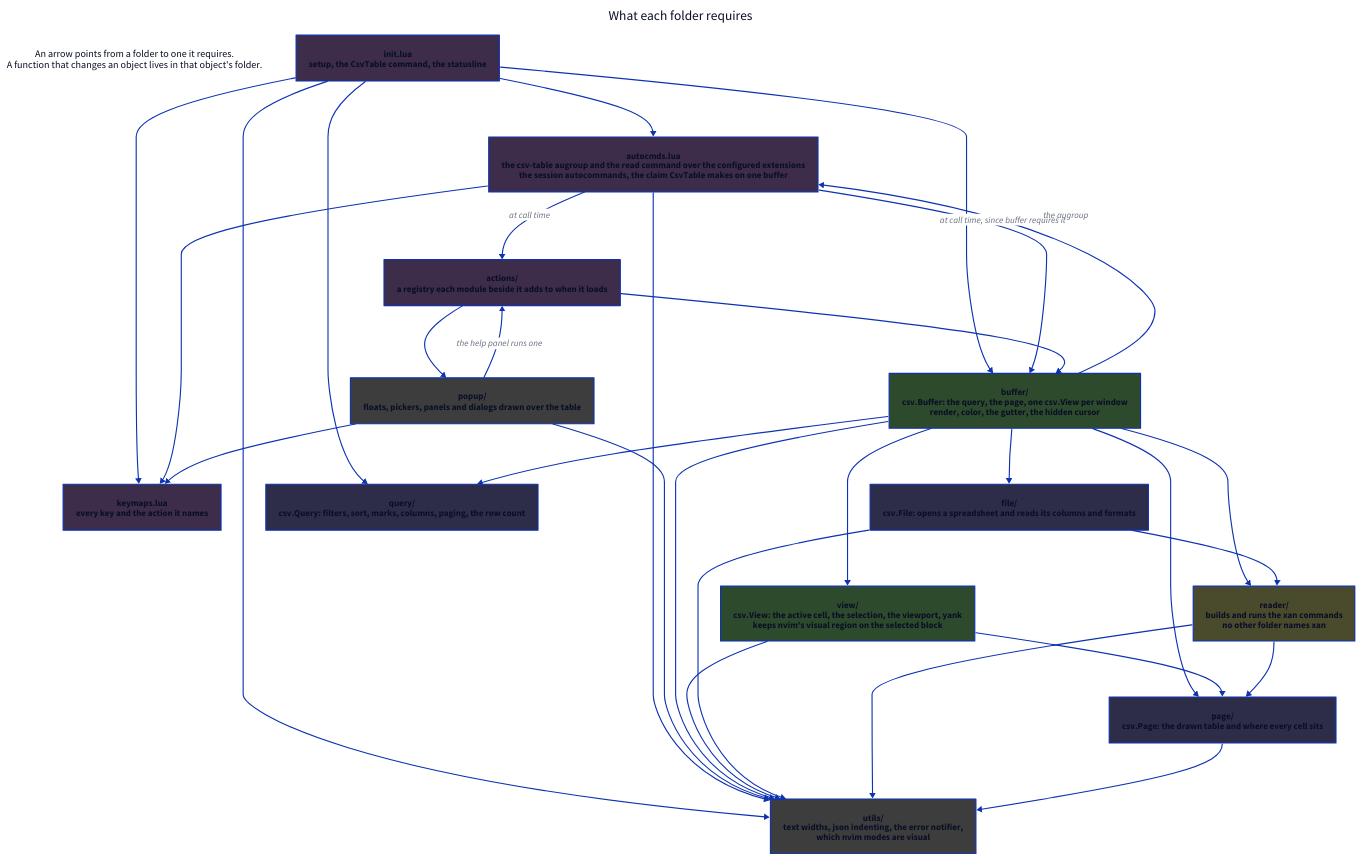
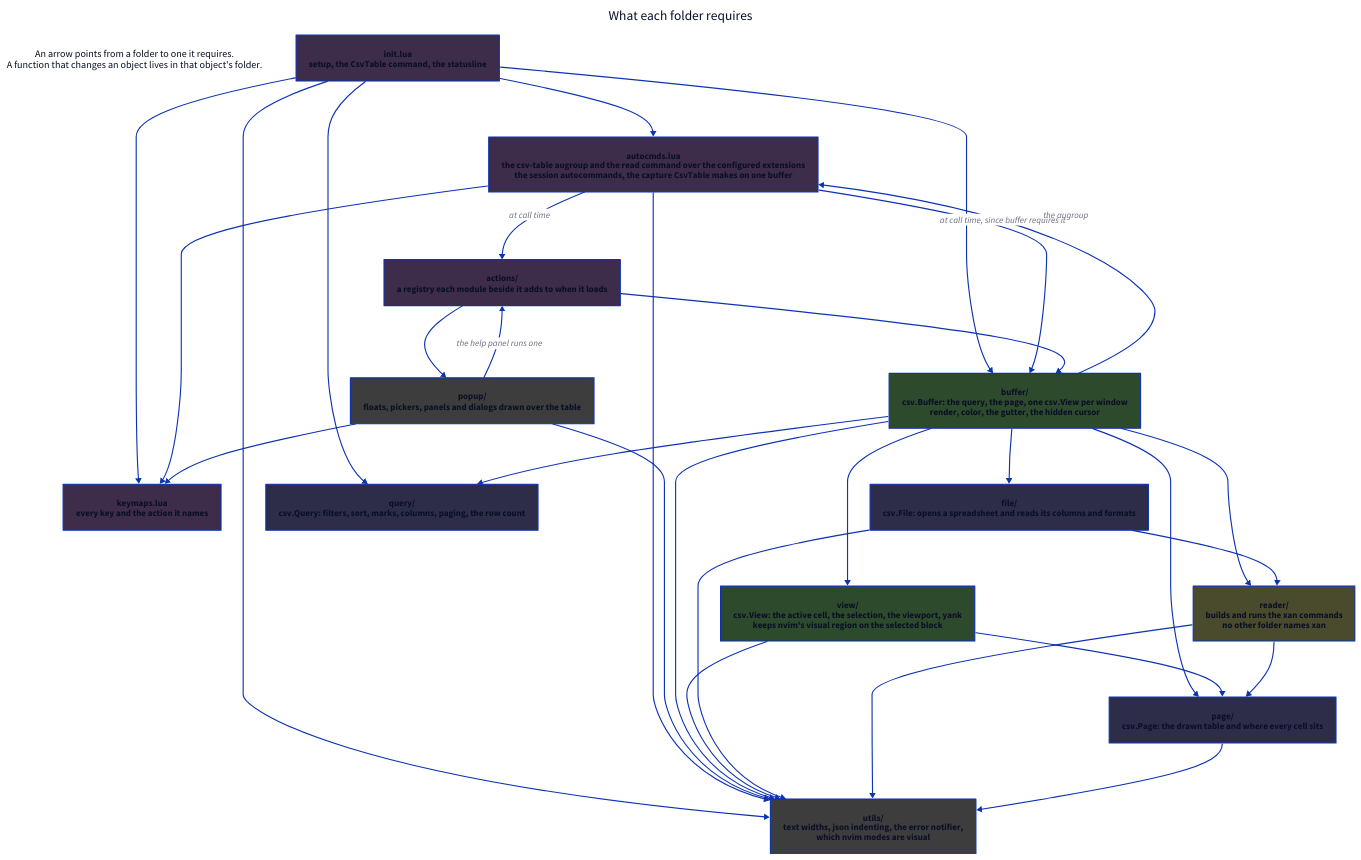
One commit to cseickel/csv-table.nvim changed the diagram in docs/02-folders.d2. Above: the diagram before and after it, drawn with D2. The commit also changed 37 other files, not shown here.

```diff
--- a/docs/02-folders.d2
+++ b/docs/02-folders.d2
@@ -1,69 +1,69 @@
 direction: down
 
 title: What each folder requires {
   near: top-center
   shape: text
   style.font-size: 24
 }
 
 rule: "An arrow points from a folder to one it requires.\nA function that changes an object lives in that object's folder." {
   shape: text
   style.font-size: 18
 }
 
 classes: {
   entry: {style.fill: "#3d2d4a"}
   data: {style.fill: "#2d2d4a"}
   run: {style.fill: "#4a4a2d"}
   draw: {style.fill: "#2d4a2d"}
   ui: {style.fill: "#3d3d3d"}
 }
 
 init: "init.lua\nsetup, the CsvTable command, the statusline" {class: entry}
-autocmds: "autocmds.lua\nthe csv-table augroup and the read command over the configured extensions\nthe session autocommands, the claim CsvTable makes on one buffer" {class: entry}
+autocmds: "autocmds.lua\nthe csv-table augroup and the read command over the configured extensions\nthe session autocommands, the capture CsvTable makes on one buffer" {class: entry}
 keymaps: "keymaps.lua\nevery key and the action it names" {class: entry}
 actions: "actions/\na registry each module beside it adds to when it loads" {class: entry}
 
 popup: "popup/\nfloats, pickers, panels and dialogs drawn over the table" {class: ui}
 buffer: "buffer/\ncsv.Buffer: the query, the page, one csv.View per window\nrender, color, the gutter, the hidden cursor" {class: draw}
 view: "view/\ncsv.View: the active cell, the selection, the viewport, yank\nkeeps nvim's visual region on the selected block" {class: draw}
 
 file: "file/\ncsv.File: opens a spreadsheet and reads its columns and formats" {class: data}
 query: "query/\ncsv.Query: filters, sort, marks, columns, paging, the row count" {class: data}
 reader: "reader/\nbuilds and runs the xan commands\nno other folder names xan" {class: run}
 page: "page/\ncsv.Page: the drawn table and where every cell sits" {class: data}
 utils: "utils/\ntext widths, json indenting, the error notifier,\nwhich nvim modes are visual" {class: ui}
 
 init -> autocmds
 init -> buffer
 init -> keymaps
 init -> query
 init -> utils
 
 autocmds -> actions: at call time
 autocmds -> buffer: at call time, since buffer requires it
 autocmds -> keymaps
 autocmds -> utils
 
 actions -> buffer
 actions -> popup
 popup -> actions: the help panel runs one
 popup -> keymaps
 popup -> utils
 
 buffer -> autocmds: the augroup
 buffer -> file
 buffer -> query
 buffer -> page
 buffer -> reader
 buffer -> utils
 buffer -> view
 
 view -> page
 view -> utils
 
 file -> reader
 file -> utils
 reader -> page
 reader -> utils
 page -> utils
```
